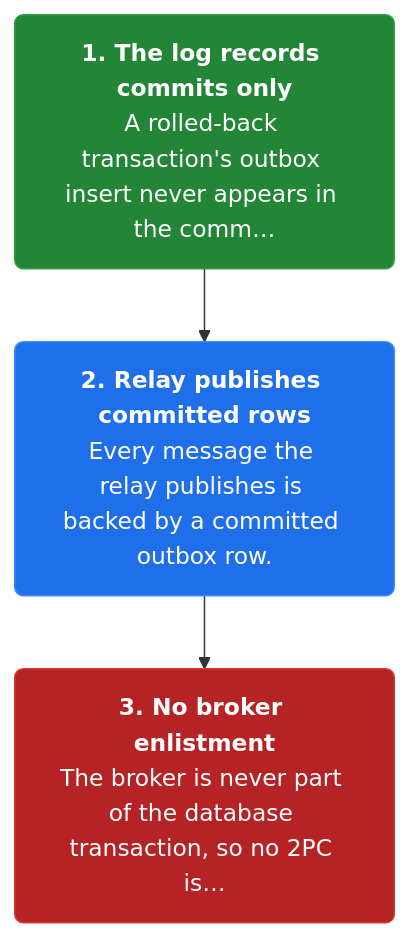
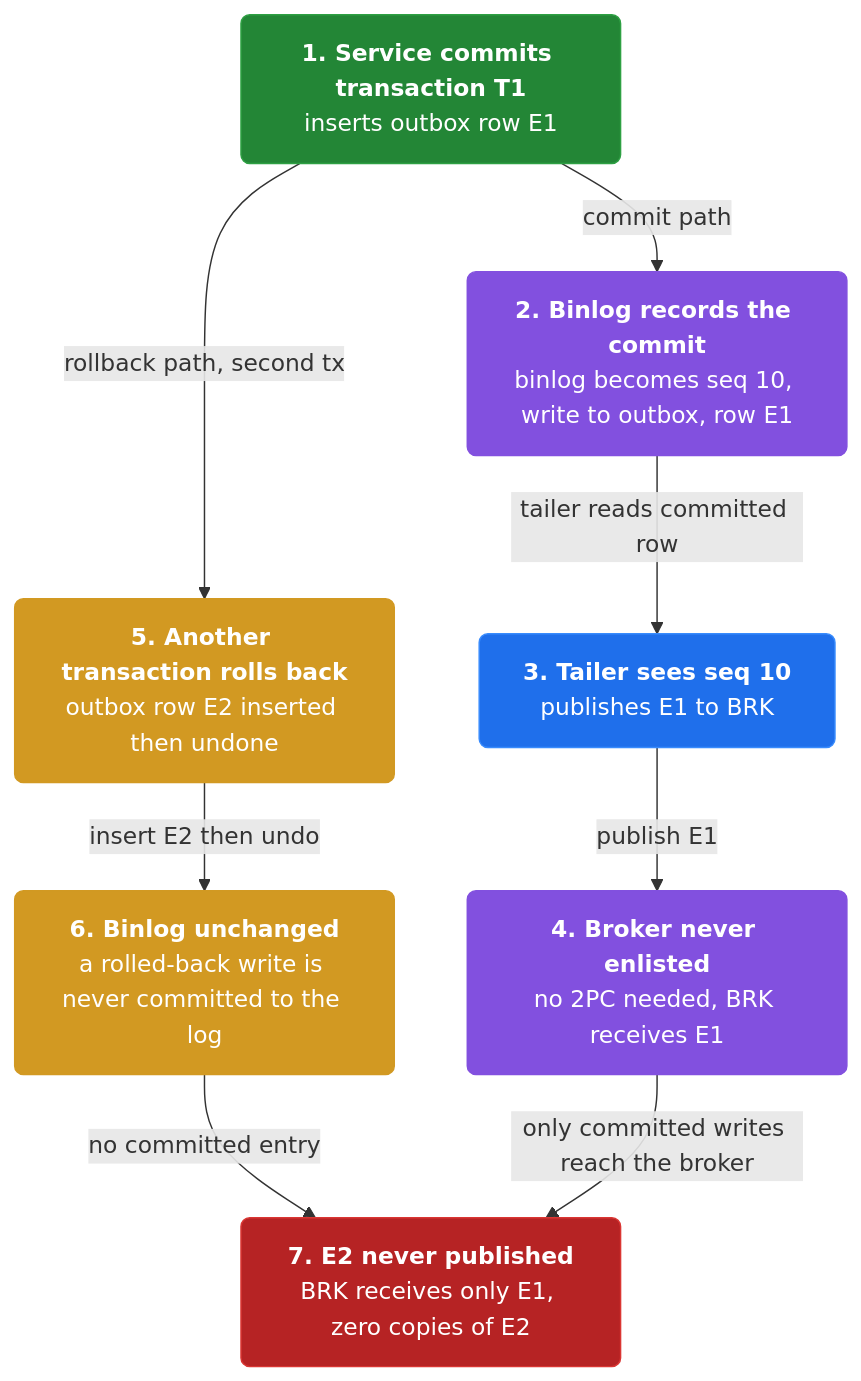
One commit to vinayakuber/microservices-io-study-guide changed the second of 3 diagrams in docs/ch13-transaction-log-tailing.md. Above: the diagram before and after it, drawn with Mermaid. The commit also changed other lines of this file and 46 other files, not shown here.

First line of the commit message:
Author rich branching flow diagrams for all 44 chapters

````diff
--- a/docs/ch13-transaction-log-tailing.md
+++ b/docs/ch13-transaction-log-tailing.md
@@ -56,11 +68,22 @@
 ```mermaid
 flowchart TD
-  classDef step fill:#1f6feb,color:#ffffff,stroke:#388bfd,stroke-width:1px,rx:6
+  classDef step fill:#1f6feb,color:#ffffff,stroke:#388bfd,rx:6
+  classDef core fill:#8250df,color:#ffffff,stroke:#8250df,rx:6
+  classDef warn fill:#d29922,color:#ffffff,stroke:#d29922,rx:6
   classDef start fill:#238636,color:#ffffff,stroke:#2ea043,rx:6
   classDef stop fill:#b62324,color:#ffffff,stroke:#da3633,rx:6
-  s1n0["<b>1. The log records commits only</b><br/>A rolled-back transaction's outbox insert never appears in the comm…"]:::start
-  s1n1["<b>2. Relay publishes committed rows</b><br/>Every message the relay publishes is backed by a committed outbox row."]:::step
-  s1n2["<b>3. No broker enlistment</b><br/>The broker is never part of the database transaction, so no 2PC is…"]:::stop
-  s1n0 --> s1n1
-  s1n1 --> s1n2
+  n0["<b>1. Service commits transaction T1</b><br/>inserts outbox row E1"]:::start
+  n1["<b>2. Binlog records the commit</b><br/>binlog becomes seq 10, write to outbox, row E1"]:::core
+  n2["<b>3. Tailer sees seq 10</b><br/>publishes E1 to BRK"]:::step
+  n3["<b>4. Broker never enlisted</b><br/>no 2PC needed, BRK receives E1"]:::core
+  n4["<b>5. Another transaction rolls back</b><br/>outbox row E2 inserted then undone"]:::warn
+  n5["<b>6. Binlog unchanged</b><br/>a rolled-back write is never committed to the log"]:::warn
+  n6["<b>7. E2 never published</b><br/>BRK receives only E1, zero copies of E2"]:::stop
+  n0 -->|"commit path"| n1
+  n1 -->|"tailer reads committed row"| n2
+  n2 -->|"publish E1"| n3
+  n0 -->|"rollback path, second tx"| n4
+  n4 -->|"insert E2 then undo"| n5
+  n5 -->|"no committed entry"| n6
+  n3 -->|"only committed writes reach the broker"| n6
 ```
````
